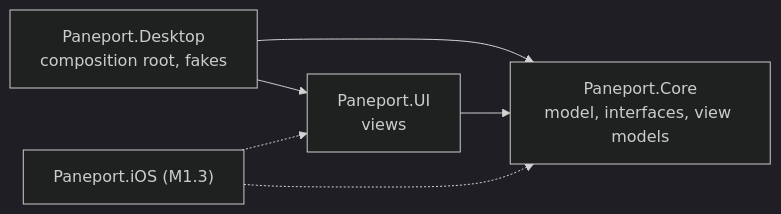
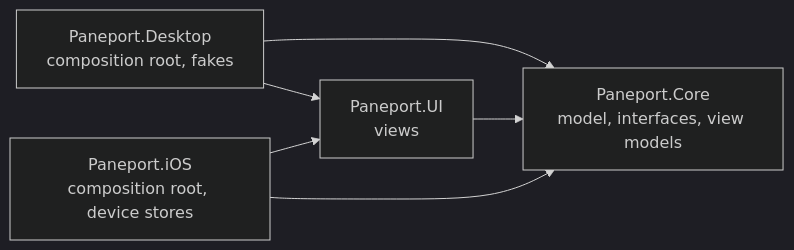
One commit to recelilious/Paneport changed the diagram in docs/design/app-shell.md. Above: the diagram before and after it, drawn with Mermaid (dark theme). The commit also changed other lines of this file and 15 other files, not shown here.

````diff
--- a/docs/design/app-shell.md
+++ b/docs/design/app-shell.md
@@ -19,8 +19,8 @@
 ```mermaid
 flowchart LR
   Desktop["Paneport.Desktop<br>composition root, fakes"] --> UI["Paneport.UI<br>views"]
   Desktop --> Core["Paneport.Core<br>model, interfaces, view models"]
   UI --> Core
-  iOS["Paneport.iOS (M1.3)"] -.-> UI
-  iOS -.-> Core
+  iOS["Paneport.iOS<br>composition root, device stores"] --> UI
+  iOS --> Core
 ```
````
